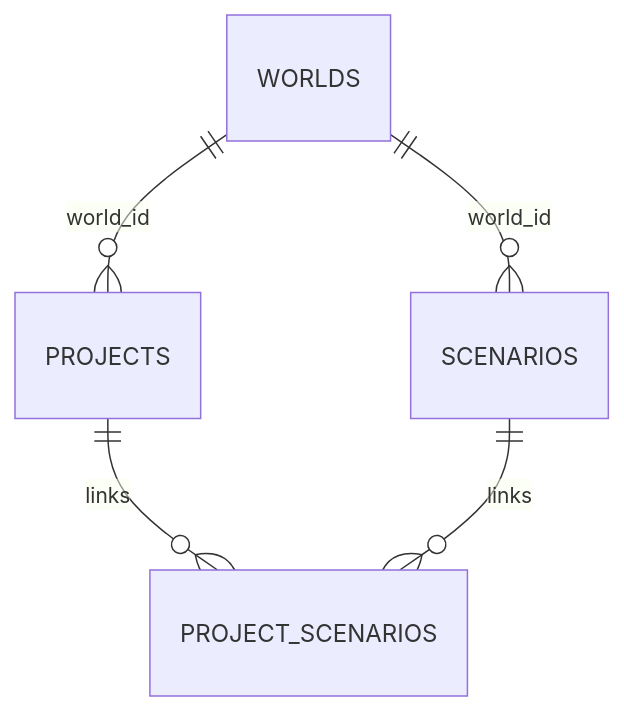
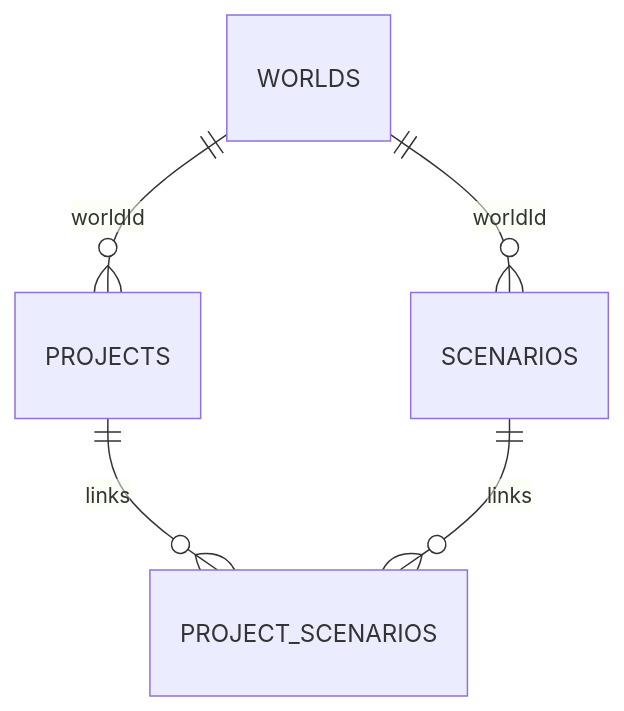
One commit to The-Sims-Digipen/Fleet-Project changed the diagram in docs/tech/contracts.md. Above: the diagram before and after it, drawn with Mermaid. The commit also changed other lines of this file and 17 other files, not shown here.

````diff
--- a/docs/tech/contracts.md
+++ b/docs/tech/contracts.md
@@ -54,7 +45,7 @@
 ```mermaid
 erDiagram
-  WORLDS ||--o{ PROJECTS : "world_id"
-  WORLDS ||--o{ SCENARIOS : "world_id"
+  WORLDS ||--o{ PROJECTS : "worldId"
+  WORLDS ||--o{ SCENARIOS : "worldId"
   PROJECTS ||--o{ PROJECT_SCENARIOS : links
   SCENARIOS ||--o{ PROJECT_SCENARIOS : links
 ```
````
